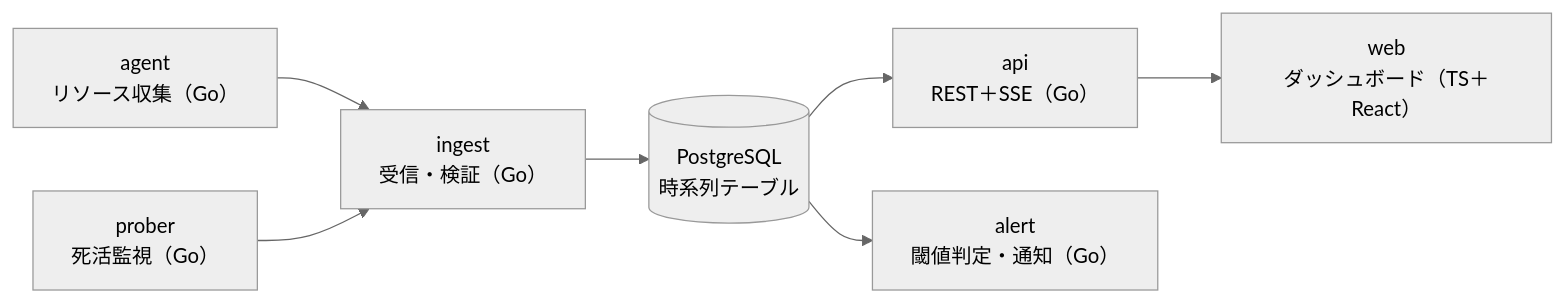
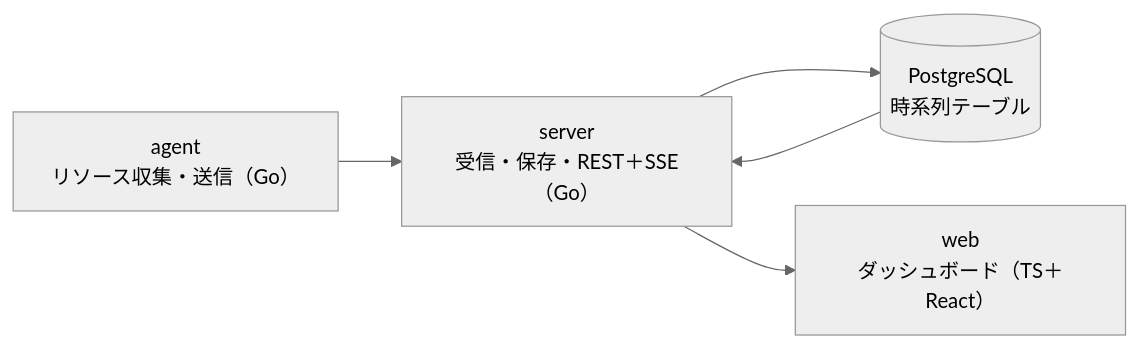
One commit to kom3da/offgrid changed the diagram in docs/08-capstone-watchdeck.md. Above: the diagram before and after it, drawn with Mermaid (neutral theme). The commit also changed other lines of this file and 16 other files, not shown here.

````diff
--- a/docs/08-capstone-watchdeck.md
+++ b/docs/08-capstone-watchdeck.md
@@ -7,9 +11,7 @@
 ```mermaid
 flowchart LR
-  AG["agent<br/>リソース収集（Go）"] --> ING["ingest<br/>受信・検証（Go）"]
-  PR["prober<br/>死活監視（Go）"] --> ING
-  ING --> DB[("PostgreSQL<br/>時系列テーブル")]
-  DB --> API["api<br/>REST＋SSE（Go）"]
-  DB --> AL["alert<br/>閾値判定・通知（Go）"]
-  API --> UI["web<br/>ダッシュボード（TS＋React）"]
+  AG["agent<br/>リソース収集・送信（Go）"] --> SV["server<br/>受信・保存・REST＋SSE（Go）"]
+  SV --> DB[("PostgreSQL<br/>時系列テーブル")]
+  DB --> SV
+  SV --> UI["web<br/>ダッシュボード（TS＋React）"]
 ```
````
